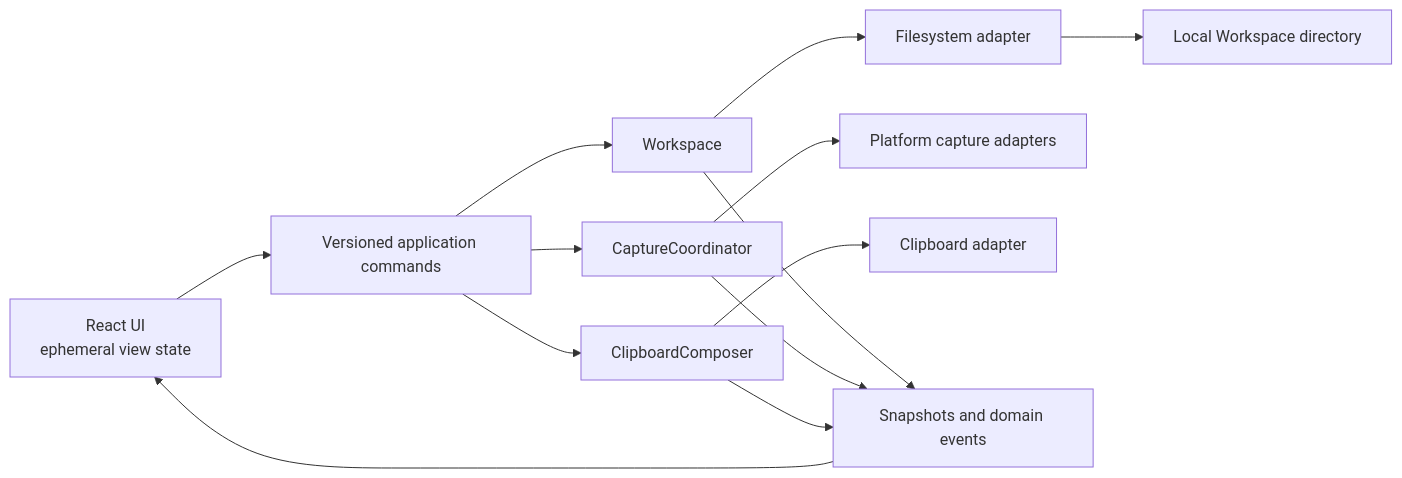
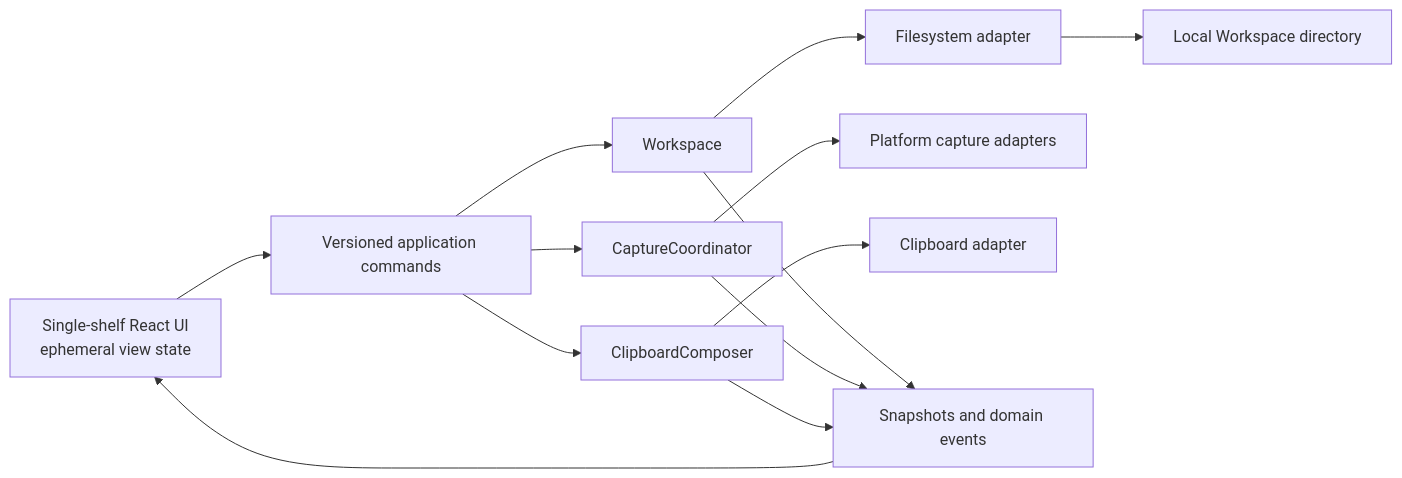
One commit to SimonHazard/Charon changed the diagram in docs/ARCHITECTURE.md. Above: the diagram before and after it, drawn with Mermaid. The commit also changed other lines of this file and 15 other files, not shown here.

````diff
--- a/docs/ARCHITECTURE.md
+++ b/docs/ARCHITECTURE.md
@@ -24,15 +27,15 @@
 ```mermaid
 flowchart LR
-  UI["React UI\nephemeral view state"] --> CMD["Versioned application commands"]
+  UI["Single-shelf React UI\nephemeral view state"] --> CMD["Versioned application commands"]
   CMD --> WS["Workspace"]
   CMD --> CC["CaptureCoordinator"]
   CMD --> CB["ClipboardComposer"]
   WS --> FSA["Filesystem adapter"]
   CC --> OSA["Platform capture adapters"]
   CB --> CLA["Clipboard adapter"]
   WS --> EVT["Snapshots and domain events"]
   CC --> EVT
   CB --> EVT
   EVT --> UI
   FSA --> DISK["Local Workspace directory"]
 ```
````
